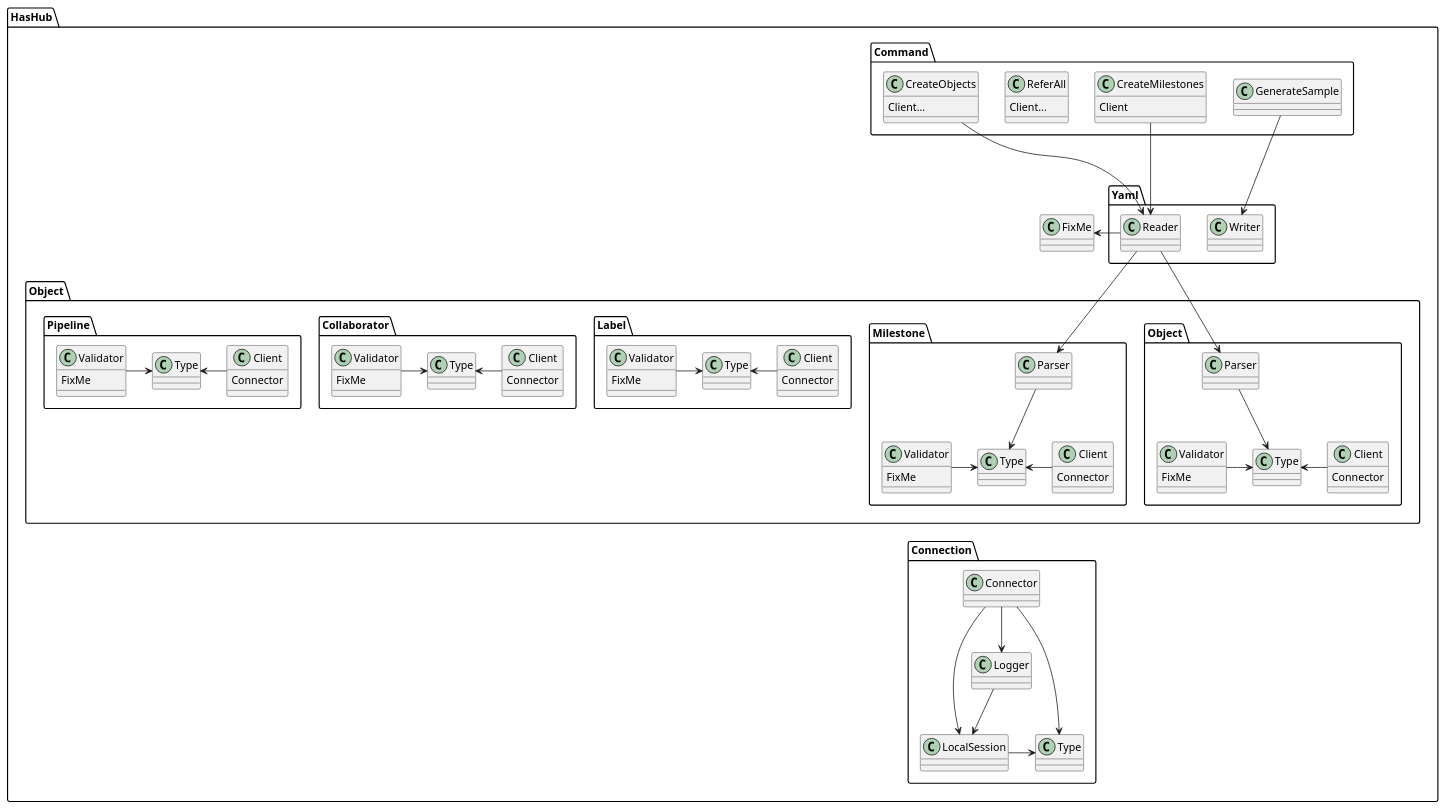
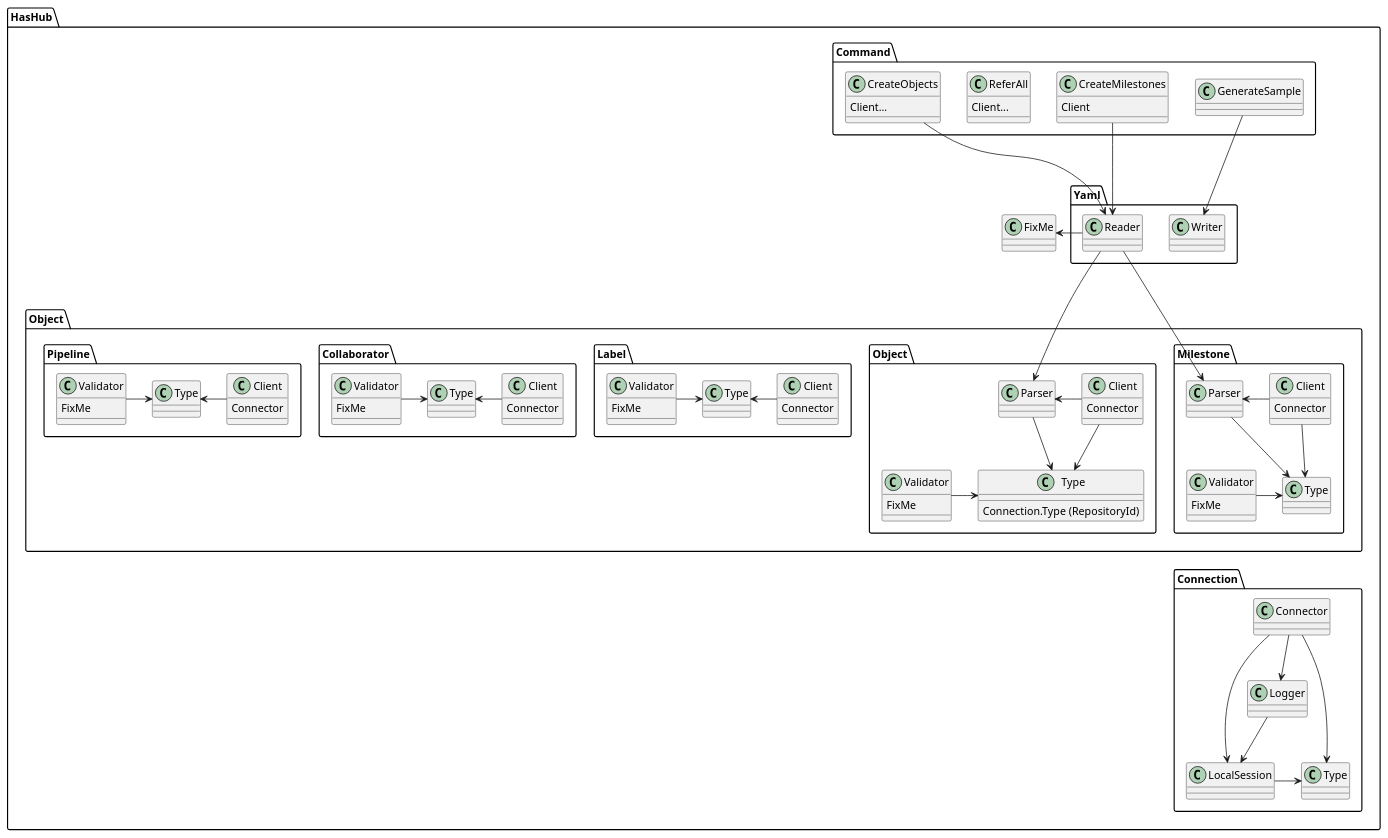
Before and after one commit to suzuki-hoge/has-hub: the diagram in doc/system/module.puml, drawn with PlantUML. The commit also changed 13 other files, not shown here.

```diff
--- a/doc/system/module.puml
+++ b/doc/system/module.puml
@@ -1,106 +1,110 @@
 @startuml
 
 namespace HasHub {
   namespace Command {
     class CreateObjects {
       Client...
     }
     class CreateMilestones {
       Client
     }
     class ReferAll {
       Client...
     }
     class GenerateSample
   }
   namespace Object {
     namespace Object {
       class Validator {
         FixMe
       }
       class Client {
         Connector
       }
-      class Type
+      class Type {
+        Connection.Type (RepositoryId)
+      }
       class Parser
       Validator -r-> Type
-      Client -l-> Type
+      Client --> Type
+      Client -l-> Parser
       Parser -d-> Type
     }
     namespace Milestone {
       class Validator {
         FixMe
       }
       class Client {
         Connector
       }
       class Type
       class Parser
       Validator -r-> Type
-      Client -l-> Type
+      Client --> Type
+      Client -l-> Parser
       Parser -d-> Type
     }
     namespace Label {
       class Validator {
         FixMe
       }
       class Client {
         Connector
       }
       class Type
       Validator -r-> Type
       Client -l-> Type
     }
     namespace Collaborator {
       class Validator {
         FixMe
       }
       class Client {
         Connector
       }
       class Type
       Validator -r-> Type
       Client -l-> Type
     }
     namespace Pipeline {
       class Validator {
         FixMe
       }
       class Client {
         Connector
       }
       class Type
       Validator -r-> Type
       Client -l-> Type
     }
   }
   namespace Connection {
     class Connector
     class LocalSession
     class Type
     class Logger
     Connector --> Type
     Connector --> Logger
     Logger --> LocalSession
     Connector --> LocalSession
     LocalSession -r-> Type
   }
   class FixMe
   namespace Yaml {
     class Reader
     class Writer
   }
 }
 
 HasHub.Command.CreateObjects -d-> HasHub.Yaml.Reader
 HasHub.Command.CreateMilestones -d-> HasHub.Yaml.Reader
 HasHub.Command.GenerateSample -d--> HasHub.Yaml.Writer
 
 HasHub.Yaml.Reader -d-> HasHub.Object.Object.Parser
-HasHub.Yaml.Reader -d-> HasHub.Object.Milestone.Parser
+HasHub.Yaml.Reader -d--> HasHub.Object.Milestone.Parser
 
 HasHub.Yaml.Reader -l-> HasHub.FixMe
 
 HasHub.Object.Milestone.Type -[hidden]d-> HasHub.Connection.Connector
 
 @enduml
```
